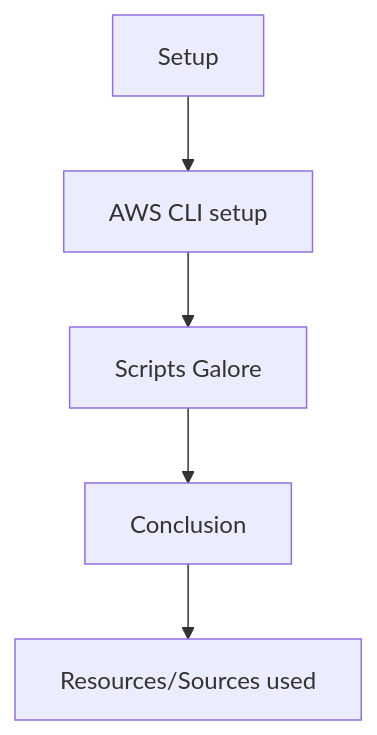
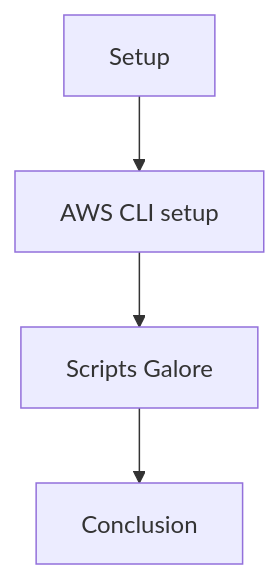
Before and after one commit to Lord-Topa/minecraft-terraform-tutorial: the diagram in README.md, drawn with Mermaid.

````diff
--- a/README.md
+++ b/README.md
@@ -4,8 +4,7 @@
 ```mermaid
 graph TD
     A[Setup] --> B[AWS CLI setup]
     B --> C[Scripts Galore]
     C --> D[Conclusion]
-    D --> E[Resources/Sources used]
 
 ```
````
